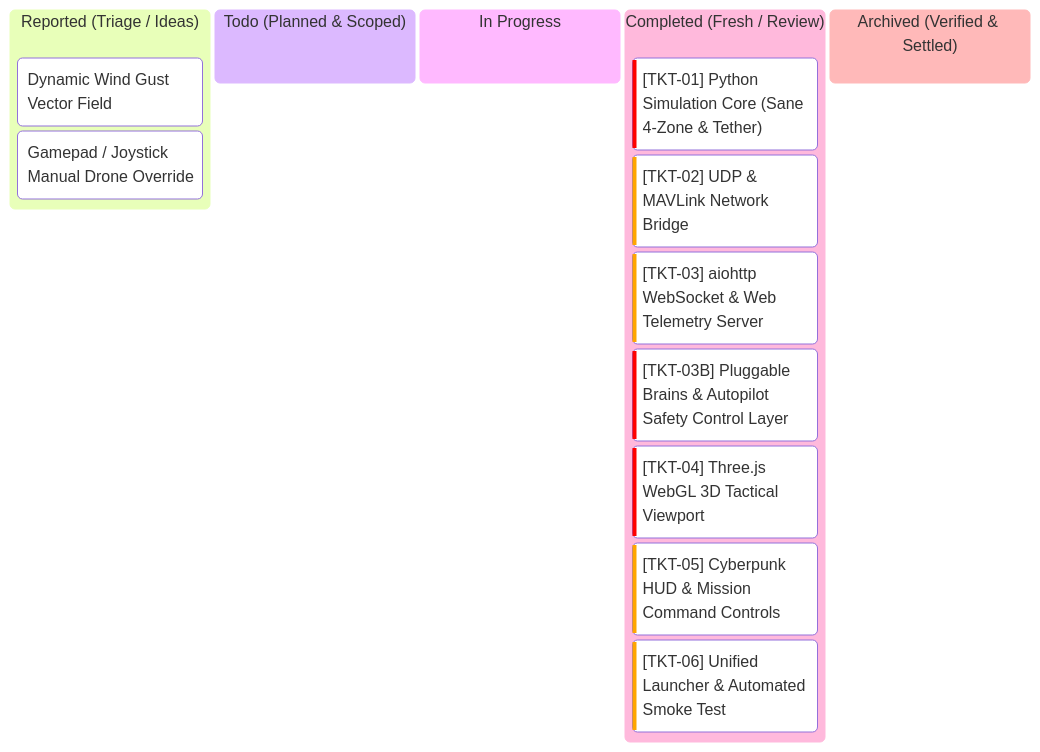
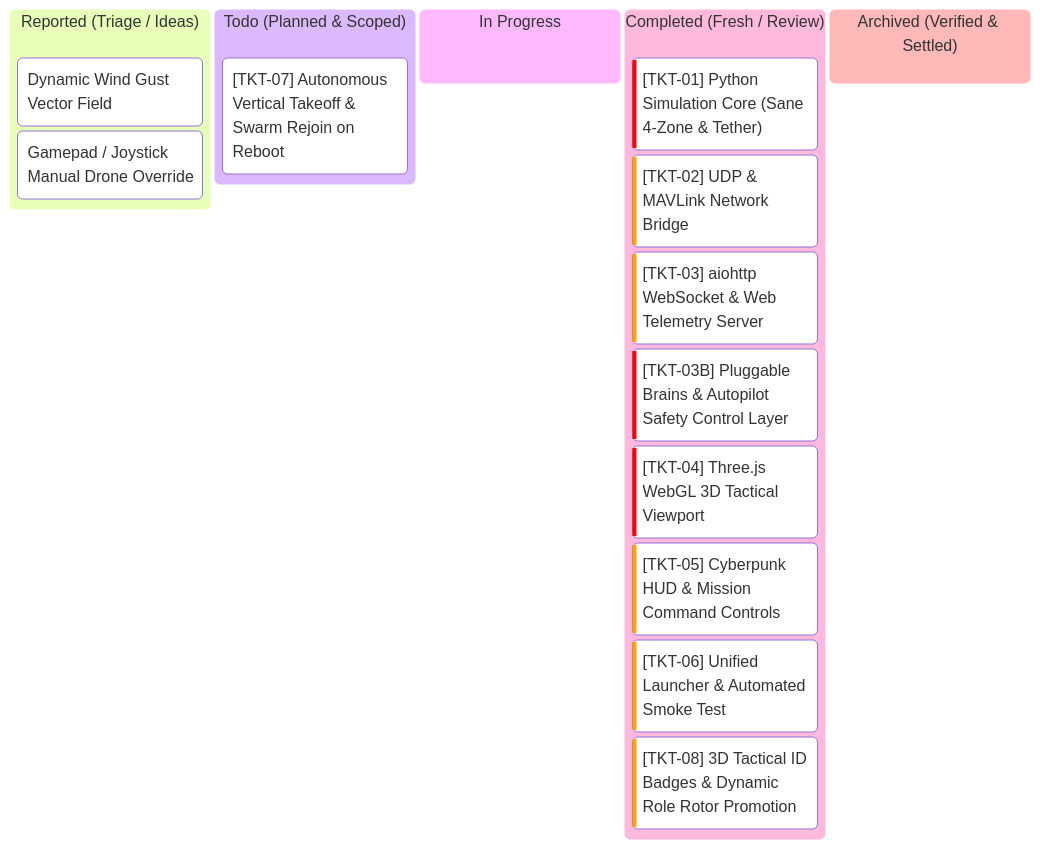
The diagram in kanban.md (AlitheiaDeus/SwarmTech_v3-Uprising), drawn with Mermaid before and after one commit. The commit also changed other lines of this file and 3 other files, not shown here.

Commit message:
feat(frontend): add 3D tactical ID badges and dynamic rotor role coloring [TKT-08]

````diff
--- a/kanban.md
+++ b/kanban.md
@@ -7,17 +7,19 @@
 ```mermaid
 kanban
   reported["Reported (Triage / Ideas)"]
     idea1["Dynamic Wind Gust Vector Field"]
     idea2["Gamepad / Joystick Manual Drone Override"]
   todo["Todo (Planned & Scoped)"]
+    tkt7["[TKT-07] Autonomous Vertical Takeoff & Swarm Rejoin on Reboot"]@{ priority: 'Medium' }
   in_progress["In Progress"]
   completed["Completed (Fresh / Review)"]
     tkt1["[TKT-01] Python Simulation Core (Sane 4-Zone & Tether)"]@{ priority: 'Very High' }
     tkt2["[TKT-02] UDP & MAVLink Network Bridge"]@{ priority: 'High' }
     tkt3["[TKT-03] aiohttp WebSocket & Web Telemetry Server"]@{ priority: 'High' }
     tkt3b["[TKT-03B] Pluggable Brains & Autopilot Safety Control Layer"]@{ priority: 'Very High' }
     tkt4["[TKT-04] Three.js WebGL 3D Tactical Viewport"]@{ priority: 'Very High' }
     tkt5["[TKT-05] Cyberpunk HUD & Mission Command Controls"]@{ priority: 'High' }
     tkt6["[TKT-06] Unified Launcher & Automated Smoke Test"]@{ priority: 'High' }
+    tkt8["[TKT-08] 3D Tactical ID Badges & Dynamic Role Rotor Promotion"]@{ priority: 'High' }
   archived["Archived (Verified & Settled)"]
 ```
````
